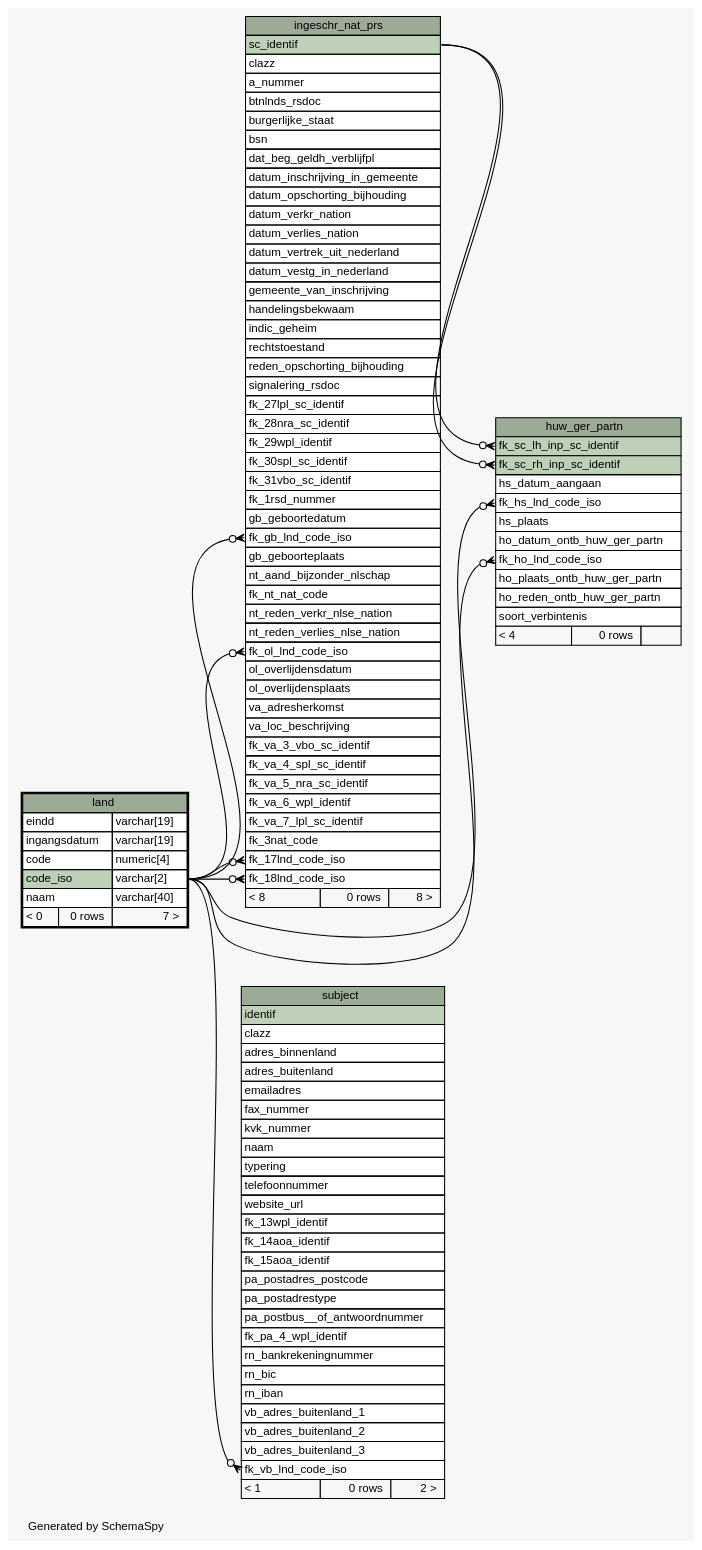
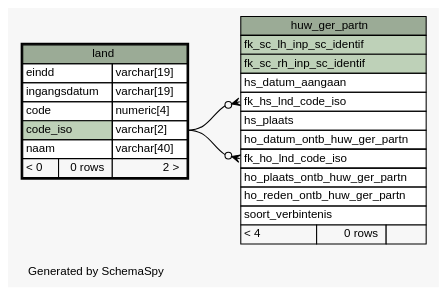
The diagram in datamodel/schemaspy/diagrams/land.1degree.dot (B3Partners/brmo), drawn with Graphviz before and after one commit. The commit also changed 3409 other files, not shown here.

```diff
--- a/datamodel/schemaspy/diagrams/land.1degree.dot
+++ b/datamodel/schemaspy/diagrams/land.1degree.dot
@@ -1,152 +1,57 @@
 // dot 2.40.1 on Linux 4.15.0-36-generic
 // SchemaSpy rev Unknown
 digraph "oneDegreeRelationshipsDiagram" {
   graph [
     rankdir="RL"
     bgcolor="#f7f7f7"
     label="\nGenerated by SchemaSpy"
     labeljust="l"
     nodesep="0.18"
     ranksep="0.46"
     fontname="Helvetica"
     fontsize="11"
   ];
   node [
     fontname="Helvetica"
     fontsize="11"
     shape="plaintext"
   ];
   edge [
     arrowsize="0.8"
   ];
   "huw_ger_partn":"fk_ho_lnd_code_iso":w -> "land":"code_iso.type":e [arrowhead=none dir=back arrowtail=crowodot];
   "huw_ger_partn":"fk_hs_lnd_code_iso":w -> "land":"code_iso.type":e [arrowhead=none dir=back arrowtail=crowodot];
-  "huw_ger_partn":"fk_sc_lh_inp_sc_identif":w -> "ingeschr_nat_prs":"sc_identif":e [arrowhead=none dir=back arrowtail=crowodot];
-  "huw_ger_partn":"fk_sc_rh_inp_sc_identif":w -> "ingeschr_nat_prs":"sc_identif":e [arrowhead=none dir=back arrowtail=crowodot];
-  "ingeschr_nat_prs":"fk_17lnd_code_iso":w -> "land":"code_iso.type":e [arrowhead=none dir=back arrowtail=crowodot];
-  "ingeschr_nat_prs":"fk_18lnd_code_iso":w -> "land":"code_iso.type":e [arrowhead=none dir=back arrowtail=crowodot];
-  "ingeschr_nat_prs":"fk_gb_lnd_code_iso":w -> "land":"code_iso.type":e [arrowhead=none dir=back arrowtail=crowodot];
-  "ingeschr_nat_prs":"fk_ol_lnd_code_iso":w -> "land":"code_iso.type":e [arrowhead=none dir=back arrowtail=crowodot];
-  "subject":"fk_vb_lnd_code_iso":w -> "land":"code_iso.type":e [arrowhead=none dir=back arrowtail=crowodot];
   "huw_ger_partn" [
     label=<
     <TABLE BORDER="0" CELLBORDER="1" CELLSPACING="0" BGCOLOR="#ffffff">
       <TR><TD COLSPAN="3" BGCOLOR="#9bab96" ALIGN="CENTER">huw_ger_partn</TD></TR>
       <TR><TD PORT="fk_sc_lh_inp_sc_identif" COLSPAN="3" BGCOLOR="#bed1b8" ALIGN="LEFT">fk_sc_lh_inp_sc_identif</TD></TR>
       <TR><TD PORT="fk_sc_rh_inp_sc_identif" COLSPAN="3" BGCOLOR="#bed1b8" ALIGN="LEFT">fk_sc_rh_inp_sc_identif</TD></TR>
       <TR><TD PORT="hs_datum_aangaan" COLSPAN="3" ALIGN="LEFT">hs_datum_aangaan</TD></TR>
       <TR><TD PORT="fk_hs_lnd_code_iso" COLSPAN="3" ALIGN="LEFT">fk_hs_lnd_code_iso</TD></TR>
       <TR><TD PORT="hs_plaats" COLSPAN="3" ALIGN="LEFT">hs_plaats</TD></TR>
       <TR><TD PORT="ho_datum_ontb_huw_ger_partn" COLSPAN="3" ALIGN="LEFT">ho_datum_ontb_huw_ger_partn</TD></TR>
       <TR><TD PORT="fk_ho_lnd_code_iso" COLSPAN="3" ALIGN="LEFT">fk_ho_lnd_code_iso</TD></TR>
       <TR><TD PORT="ho_plaats_ontb_huw_ger_partn" COLSPAN="3" ALIGN="LEFT">ho_plaats_ontb_huw_ger_partn</TD></TR>
       <TR><TD PORT="ho_reden_ontb_huw_ger_partn" COLSPAN="3" ALIGN="LEFT">ho_reden_ontb_huw_ger_partn</TD></TR>
       <TR><TD PORT="soort_verbintenis" COLSPAN="3" ALIGN="LEFT">soort_verbintenis</TD></TR>
       <TR><TD ALIGN="LEFT" BGCOLOR="#f7f7f7">&lt; 4</TD><TD ALIGN="RIGHT" BGCOLOR="#f7f7f7">0 rows</TD><TD ALIGN="RIGHT" BGCOLOR="#f7f7f7">  </TD></TR>
     </TABLE>>
     URL="huw_ger_partn.html"
     tooltip="huw_ger_partn"
   ];
-  "ingeschr_nat_prs" [
-    label=<
-    <TABLE BORDER="0" CELLBORDER="1" CELLSPACING="0" BGCOLOR="#ffffff">
-      <TR><TD COLSPAN="3" BGCOLOR="#9bab96" ALIGN="CENTER">ingeschr_nat_prs</TD></TR>
-      <TR><TD PORT="sc_identif" COLSPAN="3" BGCOLOR="#bed1b8" ALIGN="LEFT">sc_identif</TD></TR>
-      <TR><TD PORT="clazz" COLSPAN="3" ALIGN="LEFT">clazz</TD></TR>
-      <TR><TD PORT="a_nummer" COLSPAN="3" ALIGN="LEFT">a_nummer</TD></TR>
-      <TR><TD PORT="btnlnds_rsdoc" COLSPAN="3" ALIGN="LEFT">btnlnds_rsdoc</TD></TR>
-      <TR><TD PORT="burgerlijke_staat" COLSPAN="3" ALIGN="LEFT">burgerlijke_staat</TD></TR>
-      <TR><TD PORT="bsn" COLSPAN="3" ALIGN="LEFT">bsn</TD></TR>
-      <TR><TD PORT="dat_beg_geldh_verblijfpl" COLSPAN="3" ALIGN="LEFT">dat_beg_geldh_verblijfpl</TD></TR>
-      <TR><TD PORT="datum_inschrijving_in_gemeente" COLSPAN="3" ALIGN="LEFT">datum_inschrijving_in_gemeente</TD></TR>
-      <TR><TD PORT="datum_opschorting_bijhouding" COLSPAN="3" ALIGN="LEFT">datum_opschorting_bijhouding</TD></TR>
-      <TR><TD PORT="datum_verkr_nation" COLSPAN="3" ALIGN="LEFT">datum_verkr_nation</TD></TR>
-      <TR><TD PORT="datum_verlies_nation" COLSPAN="3" ALIGN="LEFT">datum_verlies_nation</TD></TR>
-      <TR><TD PORT="datum_vertrek_uit_nederland" COLSPAN="3" ALIGN="LEFT">datum_vertrek_uit_nederland</TD></TR>
-      <TR><TD PORT="datum_vestg_in_nederland" COLSPAN="3" ALIGN="LEFT">datum_vestg_in_nederland</TD></TR>
-      <TR><TD PORT="gemeente_van_inschrijving" COLSPAN="3" ALIGN="LEFT">gemeente_van_inschrijving</TD></TR>
-      <TR><TD PORT="handelingsbekwaam" COLSPAN="3" ALIGN="LEFT">handelingsbekwaam</TD></TR>
-      <TR><TD PORT="indic_geheim" COLSPAN="3" ALIGN="LEFT">indic_geheim</TD></TR>
-      <TR><TD PORT="rechtstoestand" COLSPAN="3" ALIGN="LEFT">rechtstoestand</TD></TR>
-      <TR><TD PORT="reden_opschorting_bijhouding" COLSPAN="3" ALIGN="LEFT">reden_opschorting_bijhouding</TD></TR>
-      <TR><TD PORT="signalering_rsdoc" COLSPAN="3" ALIGN="LEFT">signalering_rsdoc</TD></TR>
-      <TR><TD PORT="fk_27lpl_sc_identif" COLSPAN="3" ALIGN="LEFT">fk_27lpl_sc_identif</TD></TR>
-      <TR><TD PORT="fk_28nra_sc_identif" COLSPAN="3" ALIGN="LEFT">fk_28nra_sc_identif</TD></TR>
-      <TR><TD PORT="fk_29wpl_identif" COLSPAN="3" ALIGN="LEFT">fk_29wpl_identif</TD></TR>
-      <TR><TD PORT="fk_30spl_sc_identif" COLSPAN="3" ALIGN="LEFT">fk_30spl_sc_identif</TD></TR>
-      <TR><TD PORT="fk_31vbo_sc_identif" COLSPAN="3" ALIGN="LEFT">fk_31vbo_sc_identif</TD></TR>
-      <TR><TD PORT="fk_1rsd_nummer" COLSPAN="3" ALIGN="LEFT">fk_1rsd_nummer</TD></TR>
-      <TR><TD PORT="gb_geboortedatum" COLSPAN="3" ALIGN="LEFT">gb_geboortedatum</TD></TR>
-      <TR><TD PORT="fk_gb_lnd_code_iso" COLSPAN="3" ALIGN="LEFT">fk_gb_lnd_code_iso</TD></TR>
-      <TR><TD PORT="gb_geboorteplaats" COLSPAN="3" ALIGN="LEFT">gb_geboorteplaats</TD></TR>
-      <TR><TD PORT="nt_aand_bijzonder_nlschap" COLSPAN="3" ALIGN="LEFT">nt_aand_bijzonder_nlschap</TD></TR>
-      <TR><TD PORT="fk_nt_nat_code" COLSPAN="3" ALIGN="LEFT">fk_nt_nat_code</TD></TR>
-      <TR><TD PORT="nt_reden_verkr_nlse_nation" COLSPAN="3" ALIGN="LEFT">nt_reden_verkr_nlse_nation</TD></TR>
-      <TR><TD PORT="nt_reden_verlies_nlse_nation" COLSPAN="3" ALIGN="LEFT">nt_reden_verlies_nlse_nation</TD></TR>
-      <TR><TD PORT="fk_ol_lnd_code_iso" COLSPAN="3" ALIGN="LEFT">fk_ol_lnd_code_iso</TD></TR>
-      <TR><TD PORT="ol_overlijdensdatum" COLSPAN="3" ALIGN="LEFT">ol_overlijdensdatum</TD></TR>
-      <TR><TD PORT="ol_overlijdensplaats" COLSPAN="3" ALIGN="LEFT">ol_overlijdensplaats</TD></TR>
-      <TR><TD PORT="va_adresherkomst" COLSPAN="3" ALIGN="LEFT">va_adresherkomst</TD></TR>
-      <TR><TD PORT="va_loc_beschrijving" COLSPAN="3" ALIGN="LEFT">va_loc_beschrijving</TD></TR>
-      <TR><TD PORT="fk_va_3_vbo_sc_identif" COLSPAN="3" ALIGN="LEFT">fk_va_3_vbo_sc_identif</TD></TR>
-      <TR><TD PORT="fk_va_4_spl_sc_identif" COLSPAN="3" ALIGN="LEFT">fk_va_4_spl_sc_identif</TD></TR>
-      <TR><TD PORT="fk_va_5_nra_sc_identif" COLSPAN="3" ALIGN="LEFT">fk_va_5_nra_sc_identif</TD></TR>
-      <TR><TD PORT="fk_va_6_wpl_identif" COLSPAN="3" ALIGN="LEFT">fk_va_6_wpl_identif</TD></TR>
-      <TR><TD PORT="fk_va_7_lpl_sc_identif" COLSPAN="3" ALIGN="LEFT">fk_va_7_lpl_sc_identif</TD></TR>
-      <TR><TD PORT="fk_3nat_code" COLSPAN="3" ALIGN="LEFT">fk_3nat_code</TD></TR>
-      <TR><TD PORT="fk_17lnd_code_iso" COLSPAN="3" ALIGN="LEFT">fk_17lnd_code_iso</TD></TR>
-      <TR><TD PORT="fk_18lnd_code_iso" COLSPAN="3" ALIGN="LEFT">fk_18lnd_code_iso</TD></TR>
-      <TR><TD ALIGN="LEFT" BGCOLOR="#f7f7f7">&lt; 8</TD><TD ALIGN="RIGHT" BGCOLOR="#f7f7f7">0 rows</TD><TD ALIGN="RIGHT" BGCOLOR="#f7f7f7">8 &gt;</TD></TR>
-    </TABLE>>
-    URL="ingeschr_nat_prs.html"
-    tooltip="ingeschr_nat_prs"
-  ];
   "land" [
     label=<
     <TABLE BORDER="2" CELLBORDER="1" CELLSPACING="0" BGCOLOR="#ffffff">
       <TR><TD COLSPAN="3" BGCOLOR="#9bab96" ALIGN="CENTER">land</TD></TR>
       <TR><TD PORT="eindd" COLSPAN="2" ALIGN="LEFT">eindd</TD><TD PORT="eindd.type" ALIGN="LEFT">varchar[19]</TD></TR>
       <TR><TD PORT="ingangsdatum" COLSPAN="2" ALIGN="LEFT">ingangsdatum</TD><TD PORT="ingangsdatum.type" ALIGN="LEFT">varchar[19]</TD></TR>
       <TR><TD PORT="code" COLSPAN="2" ALIGN="LEFT">code</TD><TD PORT="code.type" ALIGN="LEFT">numeric[4]</TD></TR>
       <TR><TD PORT="code_iso" COLSPAN="2" BGCOLOR="#bed1b8" ALIGN="LEFT">code_iso</TD><TD PORT="code_iso.type" ALIGN="LEFT">varchar[2]</TD></TR>
       <TR><TD PORT="naam" COLSPAN="2" ALIGN="LEFT">naam</TD><TD PORT="naam.type" ALIGN="LEFT">varchar[40]</TD></TR>
-      <TR><TD ALIGN="LEFT" BGCOLOR="#f7f7f7">&lt; 0</TD><TD ALIGN="RIGHT" BGCOLOR="#f7f7f7">0 rows</TD><TD ALIGN="RIGHT" BGCOLOR="#f7f7f7">7 &gt;</TD></TR>
+      <TR><TD ALIGN="LEFT" BGCOLOR="#f7f7f7">&lt; 0</TD><TD ALIGN="RIGHT" BGCOLOR="#f7f7f7">0 rows</TD><TD ALIGN="RIGHT" BGCOLOR="#f7f7f7">2 &gt;</TD></TR>
     </TABLE>>
     URL="land.html"
     tooltip="land"
   ];
-  "subject" [
-    label=<
-    <TABLE BORDER="0" CELLBORDER="1" CELLSPACING="0" BGCOLOR="#ffffff">
-      <TR><TD COLSPAN="3" BGCOLOR="#9bab96" ALIGN="CENTER">subject</TD></TR>
-      <TR><TD PORT="identif" COLSPAN="3" BGCOLOR="#bed1b8" ALIGN="LEFT">identif</TD></TR>
-      <TR><TD PORT="clazz" COLSPAN="3" ALIGN="LEFT">clazz</TD></TR>
-      <TR><TD PORT="adres_binnenland" COLSPAN="3" ALIGN="LEFT">adres_binnenland</TD></TR>
-      <TR><TD PORT="adres_buitenland" COLSPAN="3" ALIGN="LEFT">adres_buitenland</TD></TR>
-      <TR><TD PORT="emailadres" COLSPAN="3" ALIGN="LEFT">emailadres</TD></TR>
-      <TR><TD PORT="fax_nummer" COLSPAN="3" ALIGN="LEFT">fax_nummer</TD></TR>
-      <TR><TD PORT="kvk_nummer" COLSPAN="3" ALIGN="LEFT">kvk_nummer</TD></TR>
-      <TR><TD PORT="naam" COLSPAN="3" ALIGN="LEFT">naam</TD></TR>
-      <TR><TD PORT="typering" COLSPAN="3" ALIGN="LEFT">typering</TD></TR>
-      <TR><TD PORT="telefoonnummer" COLSPAN="3" ALIGN="LEFT">telefoonnummer</TD></TR>
-      <TR><TD PORT="website_url" COLSPAN="3" ALIGN="LEFT">website_url</TD></TR>
-      <TR><TD PORT="fk_13wpl_identif" COLSPAN="3" ALIGN="LEFT">fk_13wpl_identif</TD></TR>
-      <TR><TD PORT="fk_14aoa_identif" COLSPAN="3" ALIGN="LEFT">fk_14aoa_identif</TD></TR>
-      <TR><TD PORT="fk_15aoa_identif" COLSPAN="3" ALIGN="LEFT">fk_15aoa_identif</TD></TR>
-      <TR><TD PORT="pa_postadres_postcode" COLSPAN="3" ALIGN="LEFT">pa_postadres_postcode</TD></TR>
-      <TR><TD PORT="pa_postadrestype" COLSPAN="3" ALIGN="LEFT">pa_postadrestype</TD></TR>
-      <TR><TD PORT="pa_postbus__of_antwoordnummer" COLSPAN="3" ALIGN="LEFT">pa_postbus__of_antwoordnummer</TD></TR>
-      <TR><TD PORT="fk_pa_4_wpl_identif" COLSPAN="3" ALIGN="LEFT">fk_pa_4_wpl_identif</TD></TR>
-      <TR><TD PORT="rn_bankrekeningnummer" COLSPAN="3" ALIGN="LEFT">rn_bankrekeningnummer</TD></TR>
-      <TR><TD PORT="rn_bic" COLSPAN="3" ALIGN="LEFT">rn_bic</TD></TR>
-      <TR><TD PORT="rn_iban" COLSPAN="3" ALIGN="LEFT">rn_iban</TD></TR>
-      <TR><TD PORT="vb_adres_buitenland_1" COLSPAN="3" ALIGN="LEFT">vb_adres_buitenland_1</TD></TR>
-      <TR><TD PORT="vb_adres_buitenland_2" COLSPAN="3" ALIGN="LEFT">vb_adres_buitenland_2</TD></TR>
-      <TR><TD PORT="vb_adres_buitenland_3" COLSPAN="3" ALIGN="LEFT">vb_adres_buitenland_3</TD></TR>
-      <TR><TD PORT="fk_vb_lnd_code_iso" COLSPAN="3" ALIGN="LEFT">fk_vb_lnd_code_iso</TD></TR>
-      <TR><TD ALIGN="LEFT" BGCOLOR="#f7f7f7">&lt; 1</TD><TD ALIGN="RIGHT" BGCOLOR="#f7f7f7">0 rows</TD><TD ALIGN="RIGHT" BGCOLOR="#f7f7f7">2 &gt;</TD></TR>
-    </TABLE>>
-    URL="subject.html"
-    tooltip="subject"
-  ];
 }
```
